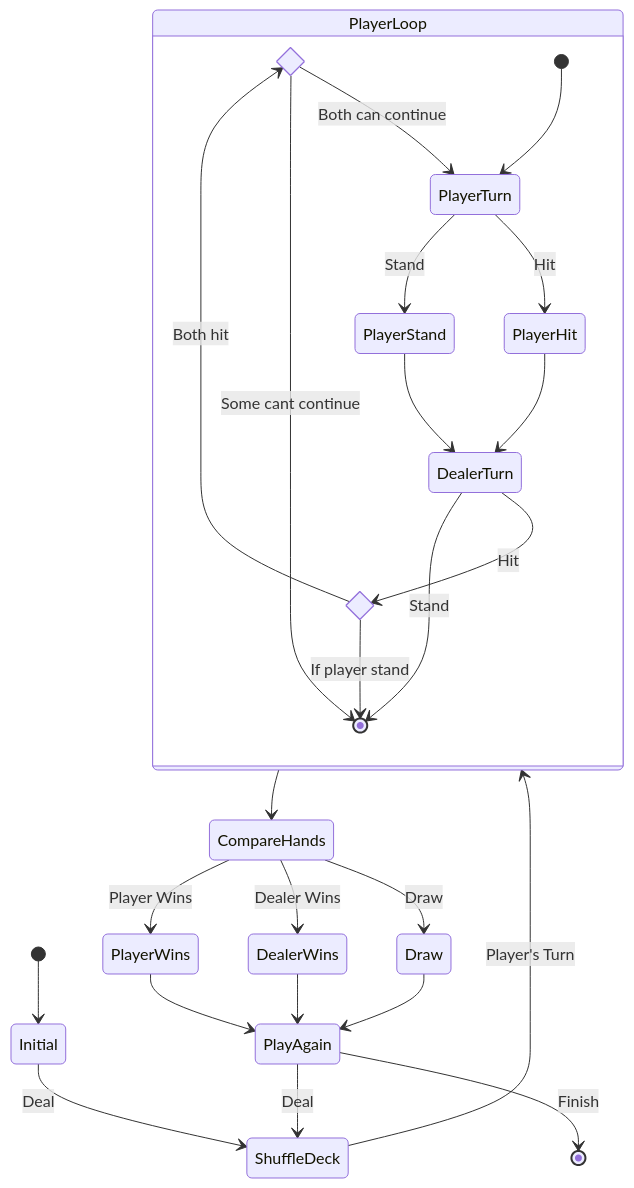
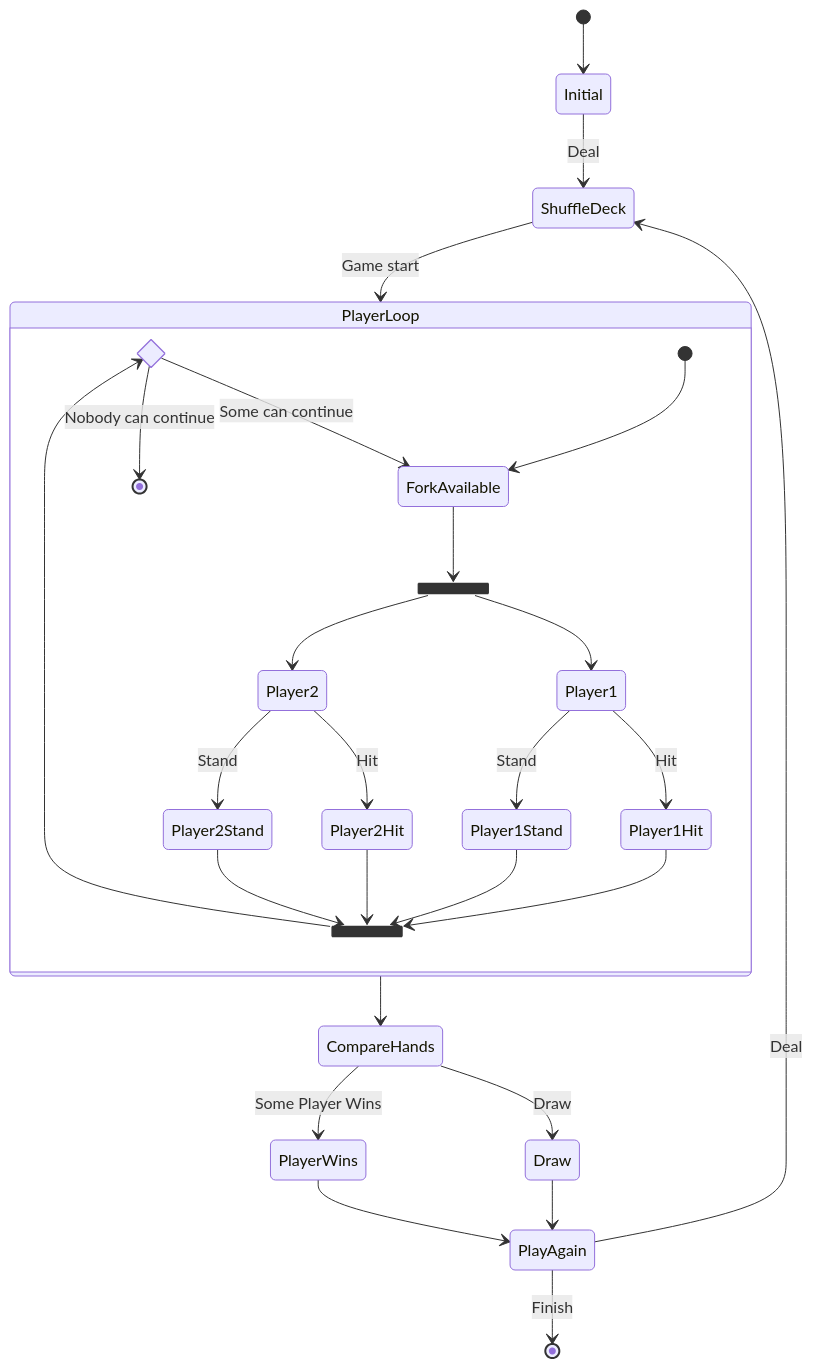
The diagram in dapp-contract-blackjack/README.md (Calindra/cartesi-drand), drawn with Mermaid before and after one commit.

Commit message:
docs: show parallel example

````diff
--- a/dapp-contract-blackjack/README.md
+++ b/dapp-contract-blackjack/README.md
@@ -4,35 +4,50 @@
 ```mermaid
 stateDiagram-v2
-    state CompareHits <<choice>>
-    state DealerHit <<choice>>
-
     [*] --> Initial
     Initial --> ShuffleDeck : Deal
-    ShuffleDeck --> PlayerLoop  : Player's Turn
+    ShuffleDeck --> PlayerLoop  : Game start
 
     state PlayerLoop {
-        [*] --> PlayerTurn
-        PlayerTurn --> PlayerHit : Hit
-        PlayerTurn --> PlayerStand : Stand
-        PlayerHit --> DealerTurn
-        PlayerStand --> DealerTurn
-        DealerTurn --> DealerHit : Hit
-        DealerHit --> CompareHits: Both hit
-        CompareHits --> PlayerTurn: Both can continue
+        state WhoIsAvailable <<choice>>
+        state PhaseInitial <<fork>>
+        [*] --> ForkAvailable
+        ForkAvailable --> PhaseInitial
 
-        DealerHit --> [*]: If player stand
-        CompareHits --> [*]: Some cant continue
-        DealerTurn --> [*] : Stand
+        PhaseInitial --> Player1
+        Player1 --> Player1Hit : Hit
+        Player1 --> Player1Stand : Stand
+
+
+        PhaseInitial --> Player2
+        Player2 --> Player2Hit : Hit
+        Player2 --> Player2Stand : Stand
+
+
+        %% PhaseInitial --> Player3
+        %% Player3 --> Player3Hit : Hit
+        %% Player3 --> Player3Stand : Stand
+
+        state PhaseWait <<join>>
+
+        Player1Hit --> PhaseWait
+        Player2Hit --> PhaseWait
+        %% Player3Hit --> PhaseWait
+
+        Player1Stand --> PhaseWait
+        Player2Stand --> PhaseWait
+        %% Player3Stand --> PhaseWait
+
+        PhaseWait --> WhoIsAvailable
+        WhoIsAvailable --> ForkAvailable: Some can continue
+        WhoIsAvailable --> [*]: Nobody can continue
     }
 
     PlayerLoop --> CompareHands
 
-    CompareHands --> PlayerWins : Player Wins
-    CompareHands --> DealerWins : Dealer Wins
+    CompareHands --> PlayerWins : Some Player Wins
     CompareHands --> Draw : Draw
     PlayerWins --> PlayAgain
-    DealerWins --> PlayAgain
     Draw --> PlayAgain
     PlayAgain --> ShuffleDeck : Deal
     PlayAgain --> [*] : Finish
 ```
````
